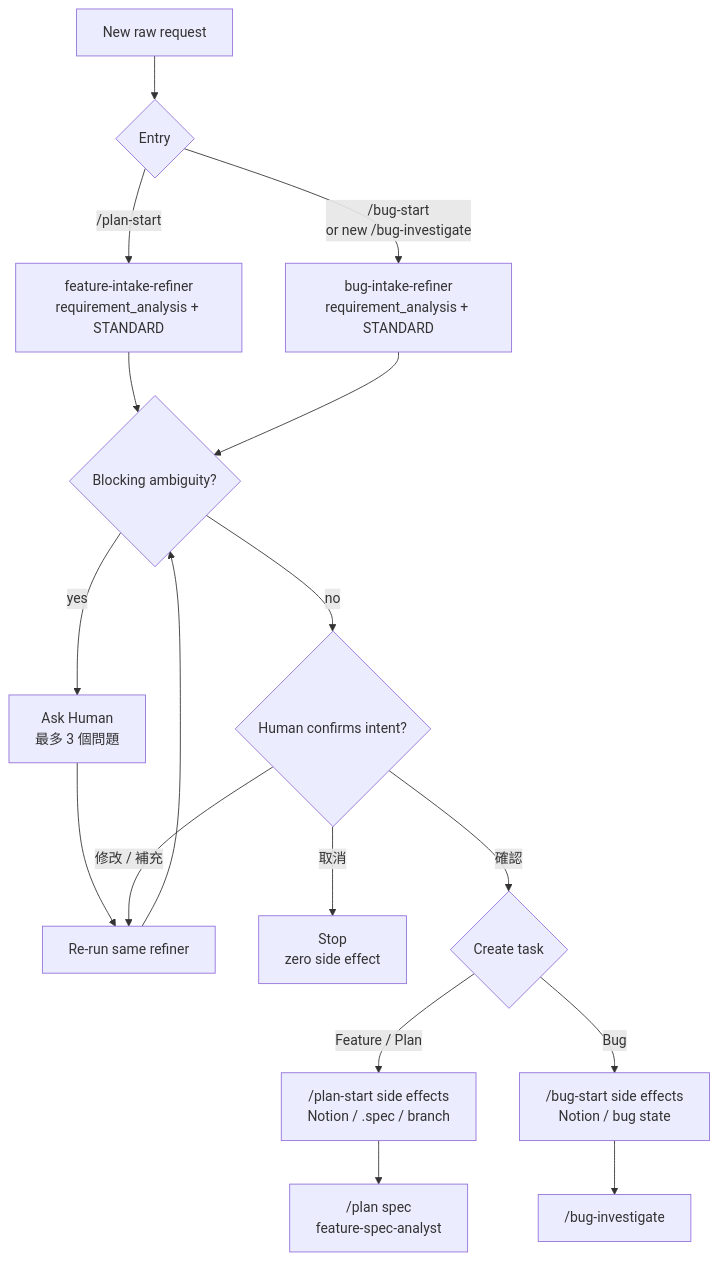
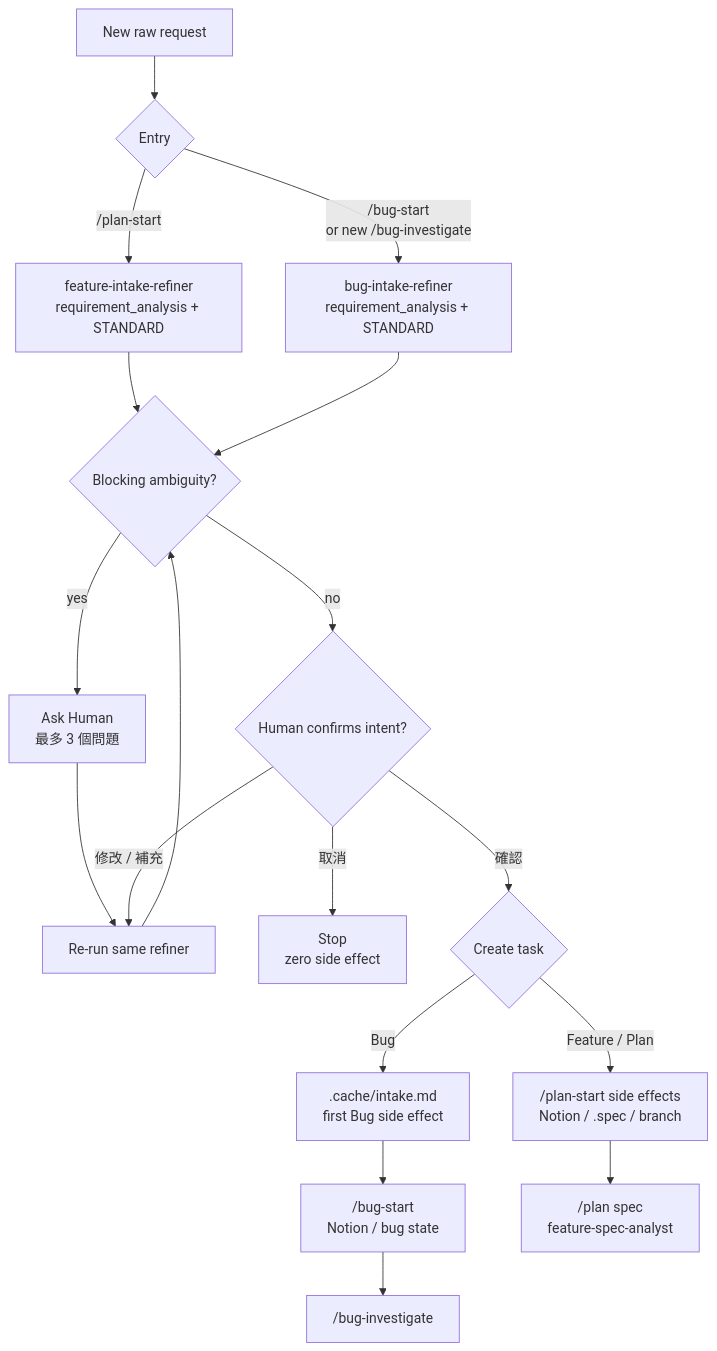
Before and after one commit to mark22013333/crew: the second of 5 diagrams in README.md, drawn with Mermaid. The commit also changed other lines of this file, not shown here.

Commit message:
docs: document reviewed shared intake recovery

````diff
--- a/README.md
+++ b/README.md
@@ -166,19 +166,20 @@
 ```mermaid
 flowchart TD
     Raw["New raw request"] --> Kind{"Entry"}
     Kind -- "/plan-start" --> FRefiner["feature-intake-refiner<br/>requirement_analysis + STANDARD"]
     Kind -- "/bug-start<br/>or new /bug-investigate" --> BRefiner["bug-intake-refiner<br/>requirement_analysis + STANDARD"]
     FRefiner --> Blocking{"Blocking ambiguity?"}
     BRefiner --> Blocking
     Blocking -- "yes" --> Ask["Ask Human<br/>最多 3 個問題"]
     Ask --> Retry["Re-run same refiner"]
     Retry --> Blocking
     Blocking -- "no" --> Confirm{"Human confirms intent?"}
     Confirm -- "修改 / 補充" --> Retry
     Confirm -- "取消" --> Stop["Stop<br/>zero side effect"]
     Confirm -- "確認" --> Create{"Create task"}
     Create -- "Feature / Plan" --> Plan["/plan-start side effects<br/>Notion / .spec / branch"]
-    Create -- "Bug" --> Bug["/bug-start side effects<br/>Notion / bug state"]
+    Create -- "Bug" --> Cache[".cache/intake.md<br/>first Bug side effect"]
+    Cache --> Bug["/bug-start<br/>Notion / bug state"]
     Plan --> Spec["/plan spec<br/>feature-spec-analyst"]
     Bug --> Investigate["/bug-investigate"]
 ```
````
